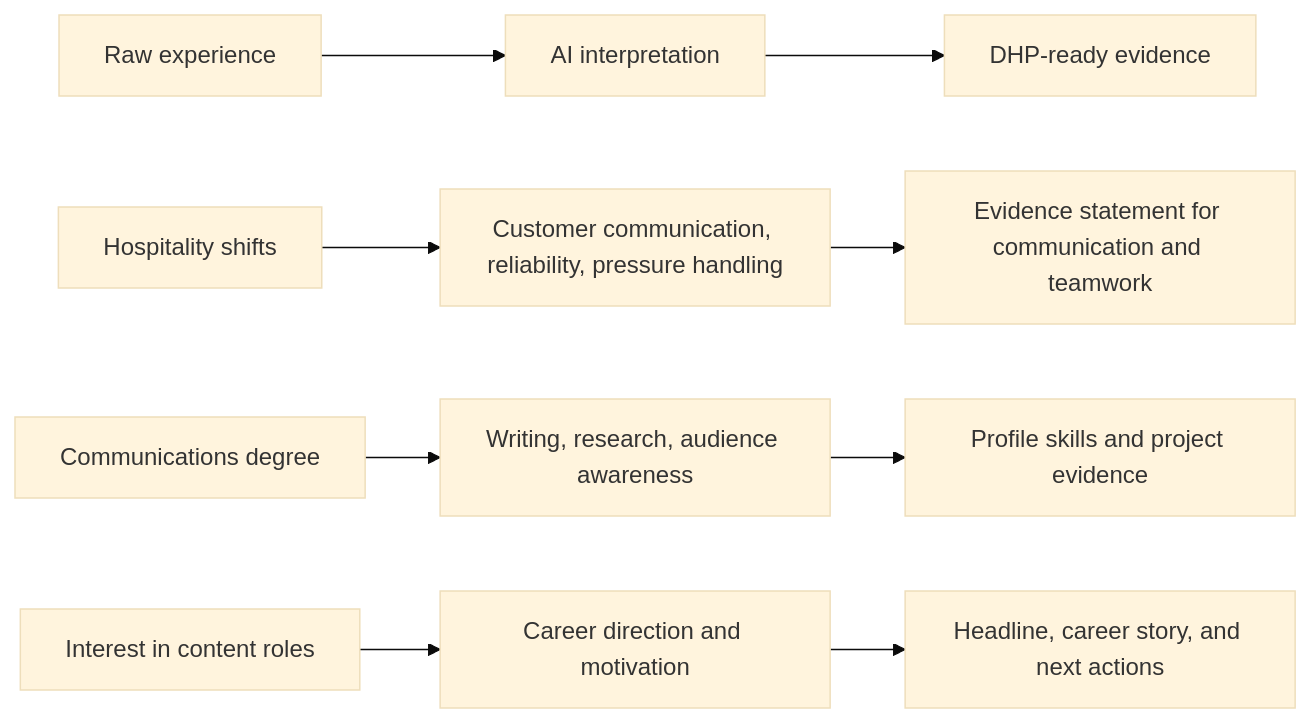
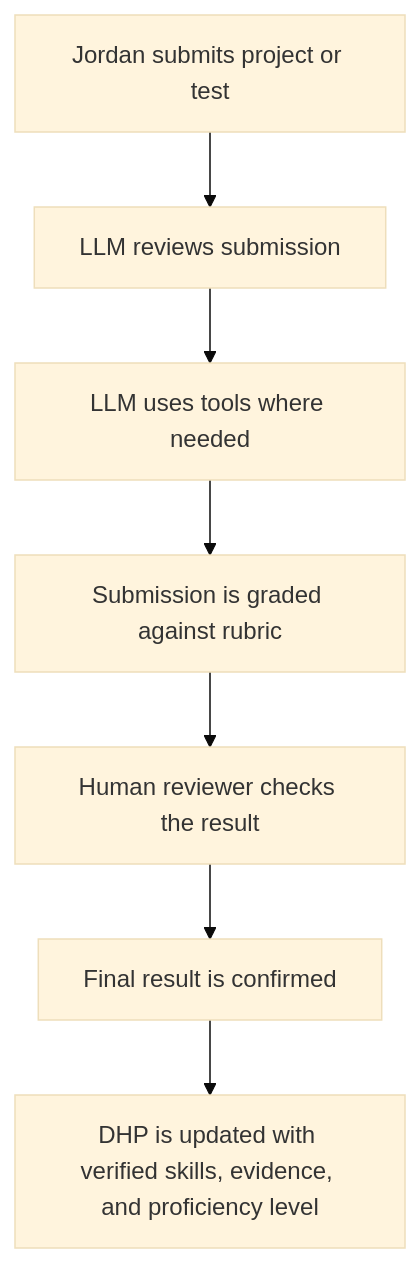
One commit to JKennethG283/gradstack changed the third of 3 diagrams in track-3-ai/task-1-design-an-ai-feature-for-the-dhp/track-3-task-1-ai-feature.md. Above: the diagram before and after it, drawn with Mermaid (base theme). The commit also changed other lines of this file, not shown here.

````diff
--- a/track-3-ai/task-1-design-an-ai-feature-for-the-dhp/track-3-task-1-ai-feature.md
+++ b/track-3-ai/task-1-design-an-ai-feature-for-the-dhp/track-3-task-1-ai-feature.md
@@ -145,14 +174,9 @@
 ```mermaid
-flowchart LR
-    A["Raw experience"] --> B["AI interpretation"]
-    B --> C["DHP-ready evidence"]
-
-    A1["Hospitality shifts"] --> B1["Customer communication, reliability, pressure handling"]
-    B1 --> C1["Evidence statement for communication and teamwork"]
-
-    A2["Communications degree"] --> B2["Writing, research, audience awareness"]
-    B2 --> C2["Profile skills and project evidence"]
-
-    A3["Interest in content roles"] --> B3["Career direction and motivation"]
-    B3 --> C3["Headline, career story, and next actions"]
+flowchart TD
+    A["Jordan submits project or test"] --> B["LLM reviews submission"]
+    B --> C["LLM uses tools where needed"]
+    C --> D["Submission is graded against rubric"]
+    D --> E["Human reviewer checks the result"]
+    E --> F["Final result is confirmed"]
+    F --> G["DHP is updated with verified skills, evidence, and proficiency level"]
 ```
````
